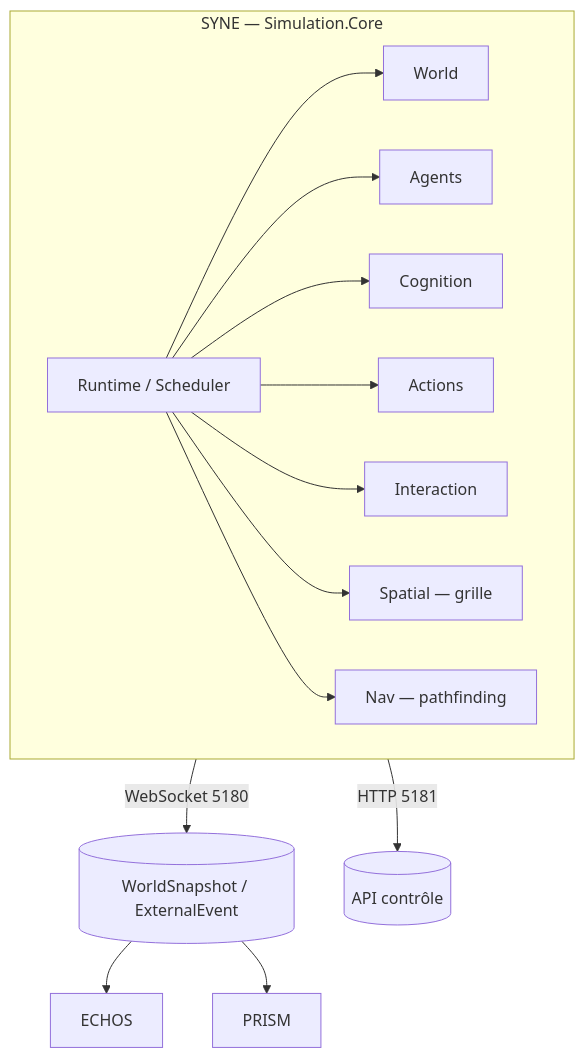
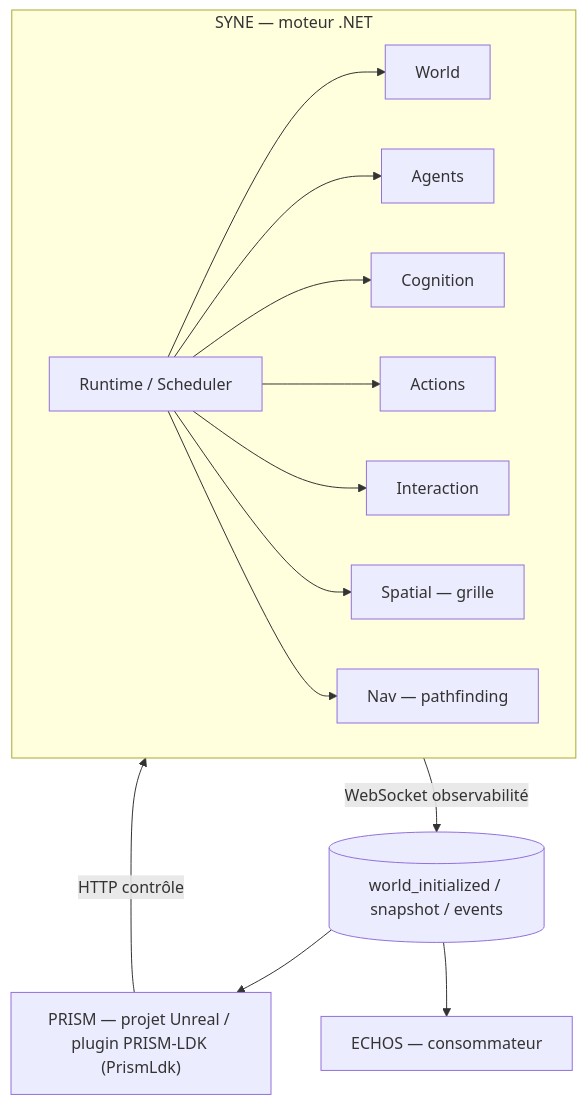
Before and after one commit to donovan-dev-web/LIVEX: the diagram in docs/docs-syne/ARCHITECTURE.md, drawn with Mermaid. The commit also changed other lines of this file and 37 other files, not shown here.

First line of the commit message:
feat(syne): expose prepared world and global snapshots

````diff
--- a/docs/docs-syne/ARCHITECTURE.md
+++ b/docs/docs-syne/ARCHITECTURE.md
@@ -15,24 +18,26 @@
 ```mermaid
 flowchart TB
-    subgraph SYNE["SYNE — Simulation.Core"]
+    subgraph SYNE["SYNE — moteur .NET"]
         RT[Runtime / Scheduler]
         WORLD[World]
         AGENTS[Agents]
         COG[Cognition]
         ACT[Actions]
         INTER[Interaction]
         SPATIAL[Spatial — grille]
         NAV[Nav — pathfinding]
         RT --> WORLD
         RT --> AGENTS
         RT --> COG
         RT --> ACT
         RT --> INTER
         RT --> SPATIAL
         RT --> NAV
     end
-    SYNE -->|"WebSocket 5180"| WS[(WorldSnapshot / ExternalEvent)]
-    SYNE -->|"HTTP 5181"| CTL[(API contrôle)]
+    SYNE -->|"WebSocket observabilité"| WS[(world_initialized / snapshot / events)]
+    PRISM["PRISM — projet Unreal / plugin PRISM-LDK (PrismLdk)"]
+    ECHOS["ECHOS — consommateur"]
+    WS --> PRISM
     WS --> ECHOS
-    WS --> PRISM
+    PRISM -->|"HTTP contrôle"| SYNE
 ```
````
